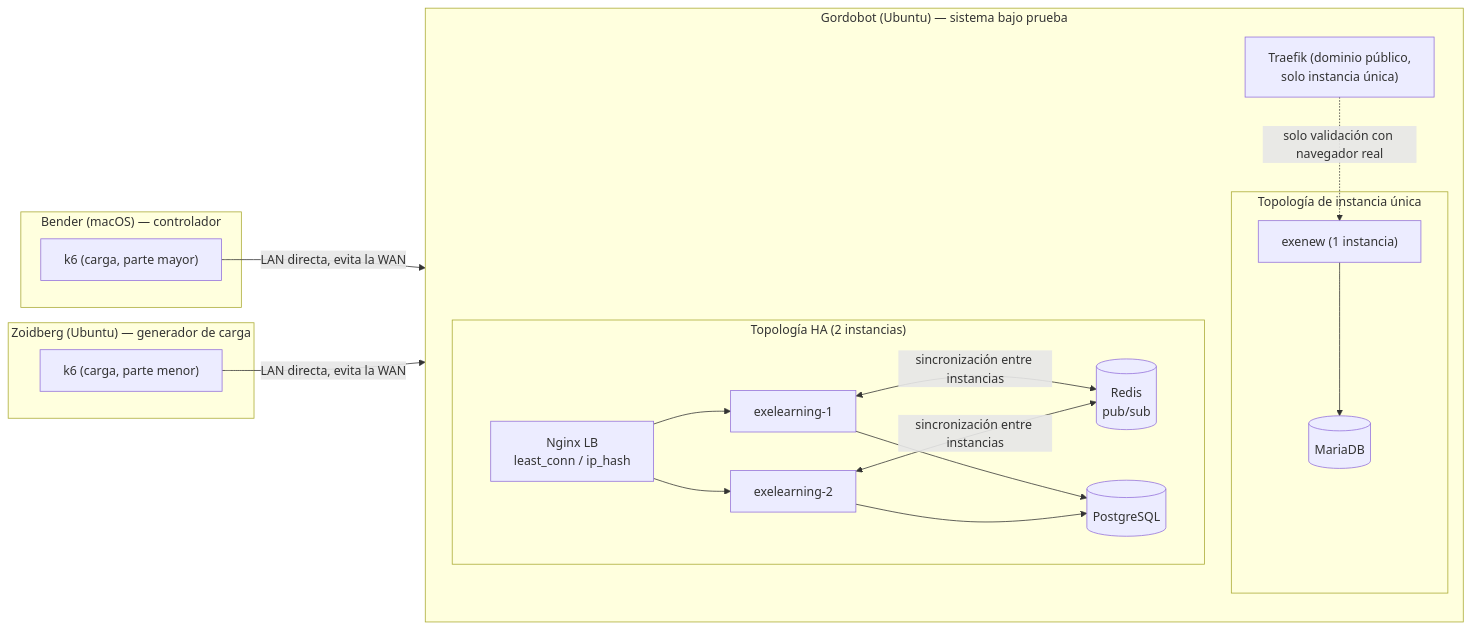
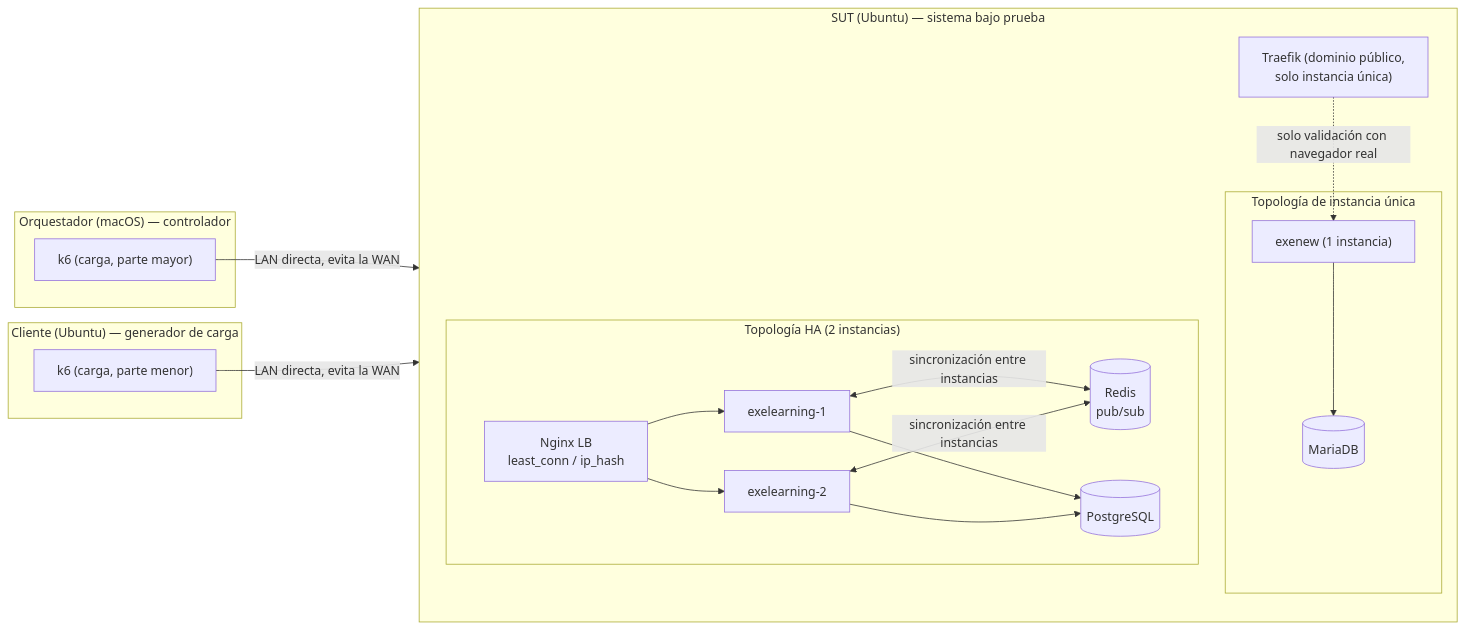
One commit to exelearning/exelearning changed the first of 2 diagrams in doc/development/c10k-benchmark.es.md. Above: the diagram before and after it, drawn with Mermaid. The commit also changed other lines of this file and 1 other file, not shown here.

````diff
--- a/doc/development/c10k-benchmark.es.md
+++ b/doc/development/c10k-benchmark.es.md
@@ -75,35 +75,35 @@
 ```mermaid
 flowchart LR
-    subgraph Bender["Bender (macOS) — controlador"]
+    subgraph Orquestador["Orquestador (macOS) — controlador"]
         K6B["k6 (carga, parte mayor)"]
     end
-    subgraph Zoidberg["Zoidberg (Ubuntu) — generador de carga"]
+    subgraph Cliente["Cliente (Ubuntu) — generador de carga"]
         K6Z["k6 (carga, parte menor)"]
     end
-    subgraph Gordobot["Gordobot (Ubuntu) — sistema bajo prueba"]
+    subgraph SUT["SUT (Ubuntu) — sistema bajo prueba"]
         direction TB
         Traefik["Traefik (dominio público,\nsolo instancia única)"]
         subgraph Single["Topología de instancia única"]
             App1["exenew (1 instancia)"]
             MariaDB[("MariaDB")]
         end
         subgraph HA["Topología HA (2 instancias)"]
             Nginx["Nginx LB\nleast_conn / ip_hash"]
             AppHA1["exelearning-1"]
             AppHA2["exelearning-2"]
             Redis[("Redis\npub/sub")]
             Postgres[("PostgreSQL")]
         end
     end
 
-    K6B -- "LAN directa, evita la WAN" --> Gordobot
-    K6Z -- "LAN directa, evita la WAN" --> Gordobot
+    K6B -- "LAN directa, evita la WAN" --> SUT
+    K6Z -- "LAN directa, evita la WAN" --> SUT
     Traefik -.->|"solo validación con navegador real"| App1
     App1 --> MariaDB
     Nginx --> AppHA1
     Nginx --> AppHA2
     AppHA1 <-->|"sincronización entre instancias"| Redis
     AppHA2 <-->|"sincronización entre instancias"| Redis
     AppHA1 --> Postgres
     AppHA2 --> Postgres
 ```
````
